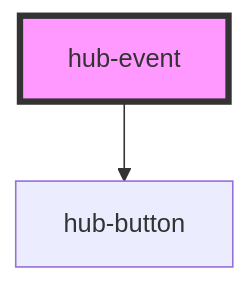
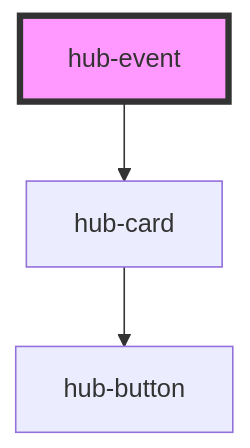
The diagram in src/components/hub-event/readme.md (ajturner/proximity), drawn with Mermaid before and after one commit. The commit also changed other lines of this file and 23 other files, not shown here.

Commit message:
Changed event card to use hub card

````diff
--- a/src/components/hub-event/readme.md
+++ b/src/components/hub-event/readme.md
@@ -30,5 +31,6 @@
 ```mermaid
 graph TD;
-  hub-event --> hub-button
+  hub-event --> hub-card
+  hub-card --> hub-button
   style hub-event fill:#f9f,stroke:#333,stroke-width:4px
 ```
````
